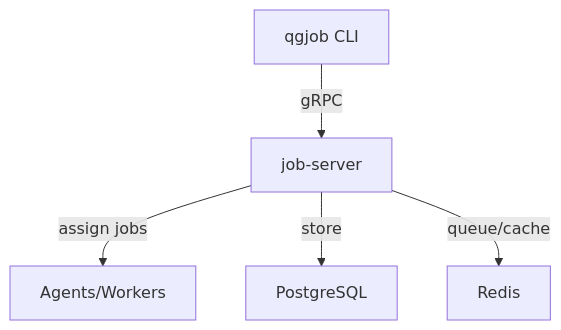
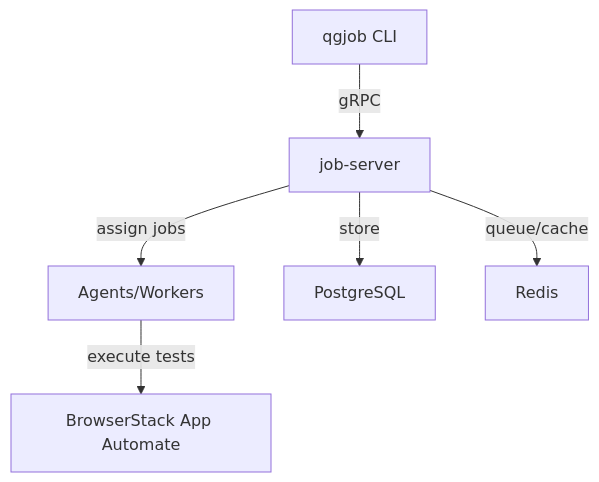
The diagram in README.md (lukelai18/qualgent-test-platform), drawn with Mermaid before and after one commit. The commit also changed other lines of this file and 35 other files, not shown here.

````diff
--- a/README.md
+++ b/README.md
@@ -22,7 +23,8 @@
 ```mermaid
 graph TD
   CLI["qgjob CLI"] -- gRPC --> Server["job-server"]
   Server -- assign jobs --> Agents["Agents/Workers"]
+  Agents -- execute tests --> BrowserStack["BrowserStack App Automate"]
   Server -- store --> DB["PostgreSQL"]
   Server -- queue/cache --> Redis["Redis"]
 ```
````
